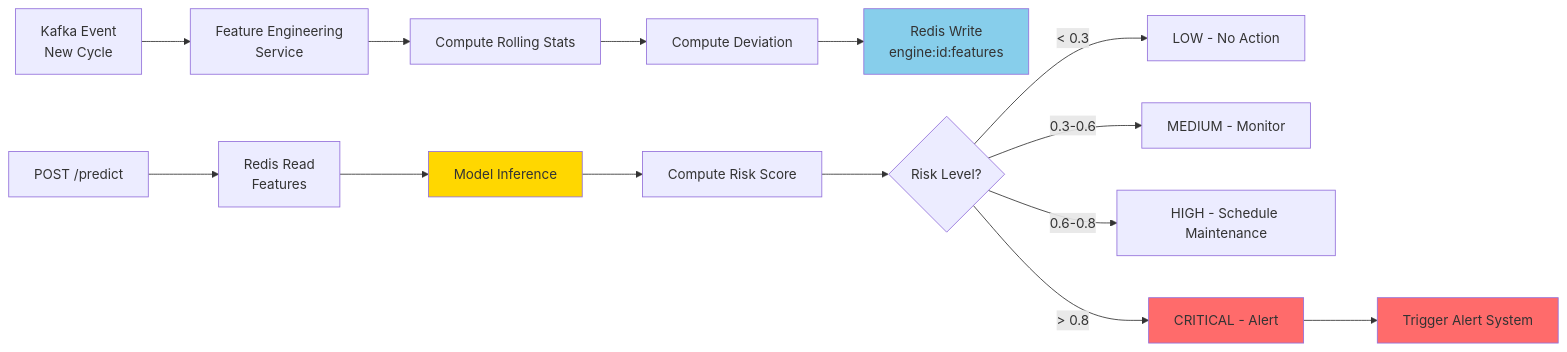
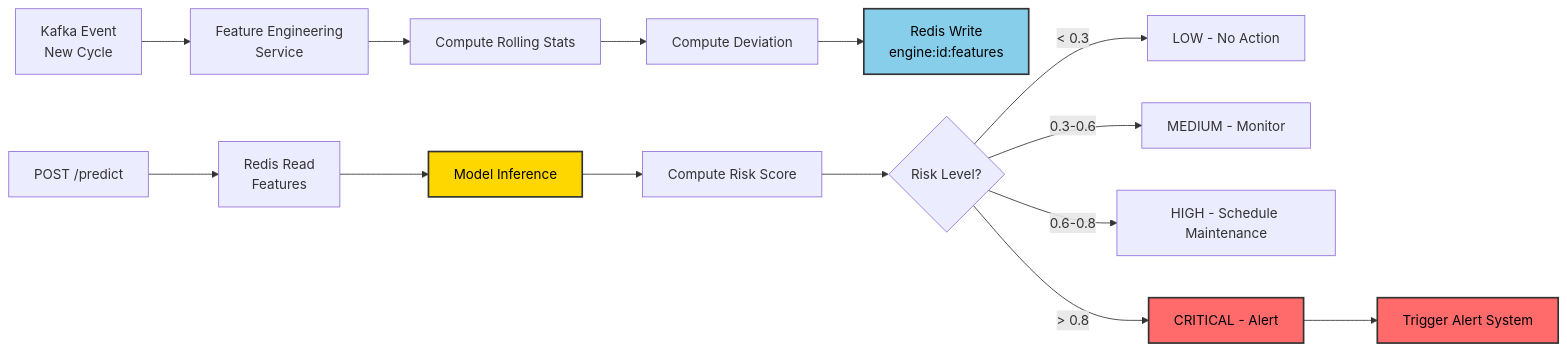
The second of 2 diagrams in docs/05_inference_service.md (nasim-raj-laskar/Real-Time-Aircraft-Engine-Predictive-Maintenance-System), drawn with Mermaid before and after one commit. The commit also changed 8 other files, not shown here.

````diff
--- a/docs/05_inference_service.md
+++ b/docs/05_inference_service.md
@@ -151,24 +151,24 @@
 ```mermaid
 flowchart LR
     A[Kafka Event<br/>New Cycle] --> B[Feature Engineering<br/>Service]
     B --> C[Compute Rolling Stats]
     C --> D[Compute Deviation]
     D --> E[Redis Write<br/>engine:id:features]
     
     F[POST /predict] --> G[Redis Read<br/>Features]
     G --> H[Model Inference]
     H --> I[Compute Risk Score]
     I --> J{Risk Level?}
     
     J -->|< 0.3| K[LOW - No Action]
     J -->|0.3-0.6| L[MEDIUM - Monitor]
     J -->|0.6-0.8| M[HIGH - Schedule Maintenance]
     J -->|> 0.8| N[CRITICAL - Alert]
     
     N --> O[Trigger Alert System]
     
-    style E fill:#87CEEB
-    style H fill:#FFD700
-    style N fill:#FF6B6B
-    style O fill:#FF6B6B
+    style E fill:#87CEEB,stroke:#333,stroke-width:2px,color:#000
+    style H fill:#FFD700,stroke:#333,stroke-width:2px,color:#000
+    style N fill:#FF6B6B,stroke:#333,stroke-width:2px,color:#000
+    style O fill:#FF6B6B,stroke:#333,stroke-width:2px,color:#000
 ```
````
